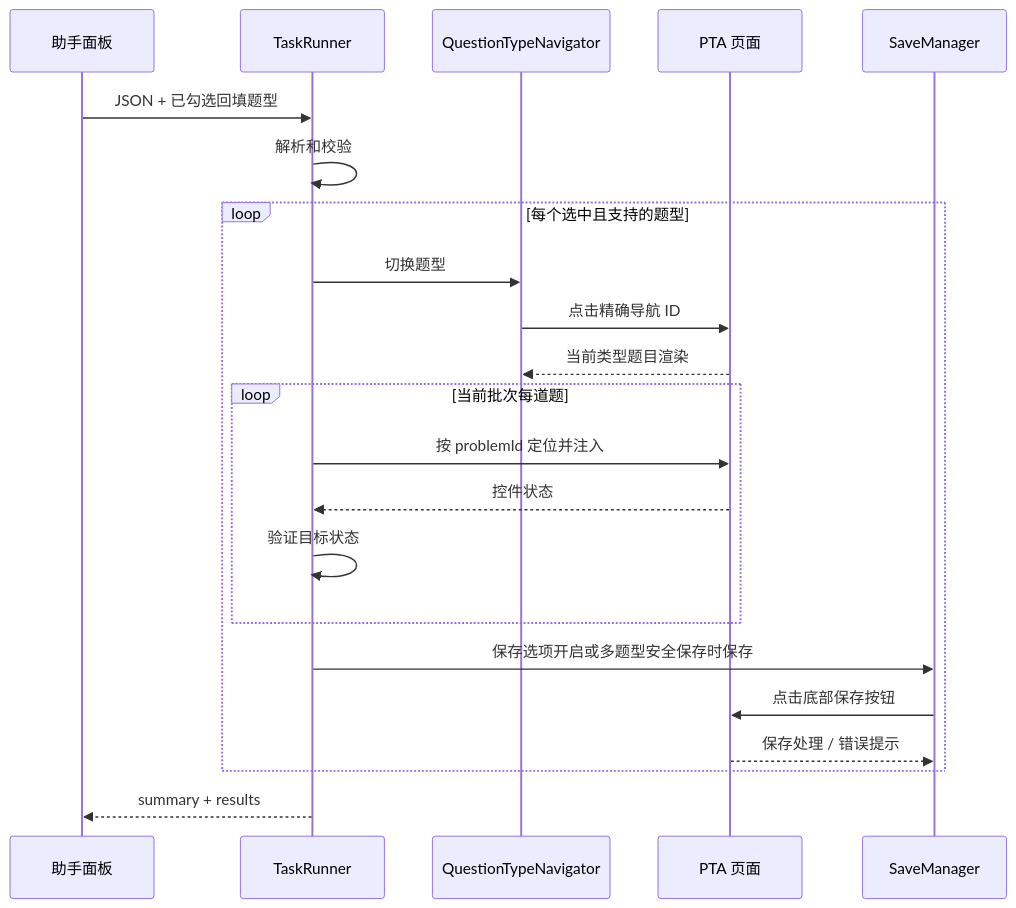
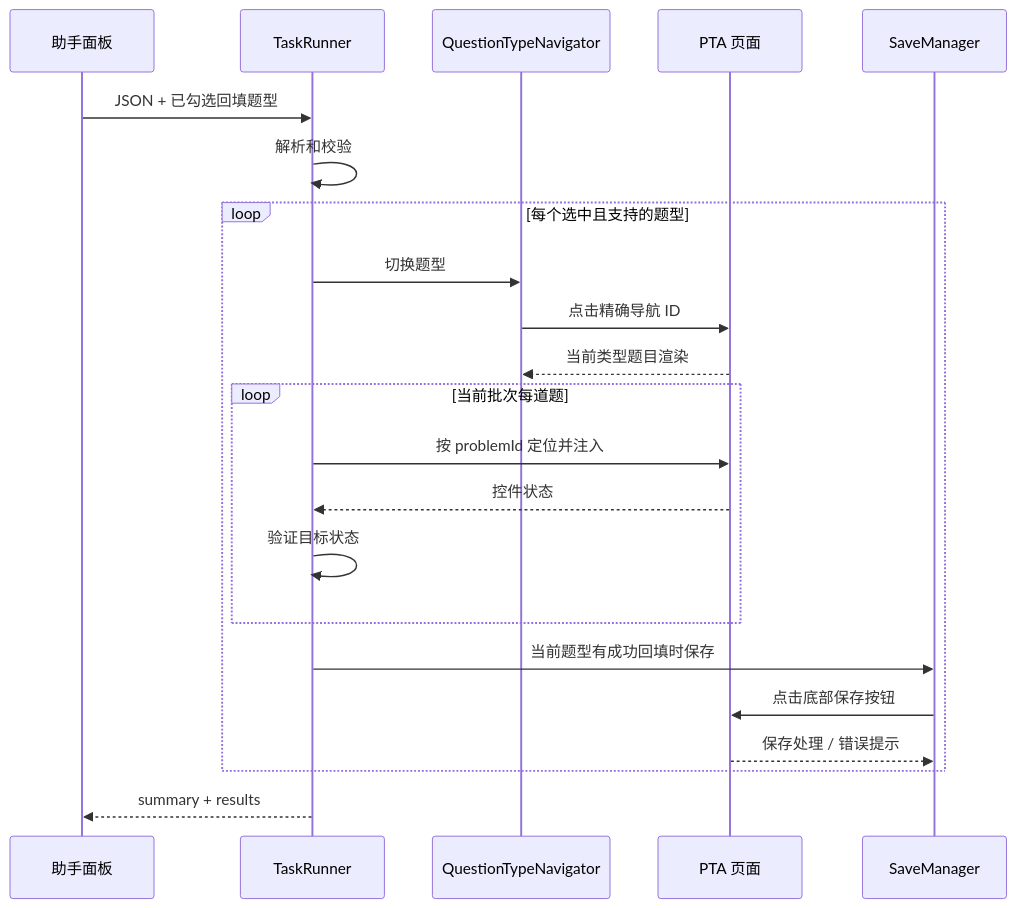
One commit to quynj/pintia-answer-extension changed the diagram in docs/answer-fill-design.md. Above: the diagram before and after it, drawn with Mermaid. The commit also changed other lines of this file and 15 other files, not shown here.

````diff
--- a/docs/answer-fill-design.md
+++ b/docs/answer-fill-design.md
@@ -61,24 +61,24 @@
 ```mermaid
 sequenceDiagram
   participant Panel as 助手面板
   participant Runner as TaskRunner
   participant Nav as QuestionTypeNavigator
   participant PTA as PTA 页面
   participant Save as SaveManager
   Panel->>Runner: JSON + 已勾选回填题型
   Runner->>Runner: 解析和校验
   loop 每个选中且支持的题型
     Runner->>Nav: 切换题型
     Nav->>PTA: 点击精确导航 ID
     PTA-->>Nav: 当前类型题目渲染
     loop 当前批次每道题
       Runner->>PTA: 按 problemId 定位并注入
       PTA-->>Runner: 控件状态
       Runner->>Runner: 验证目标状态
     end
-    Runner->>Save: 保存选项开启或多题型安全保存时保存
+    Runner->>Save: 当前题型有成功回填时保存
     Save->>PTA: 点击底部保存按钮
     PTA-->>Save: 保存处理 / 错误提示
   end
   Runner-->>Panel: summary + results
 ```
````
